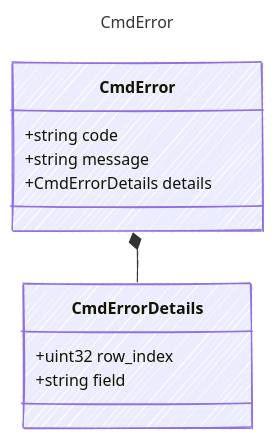
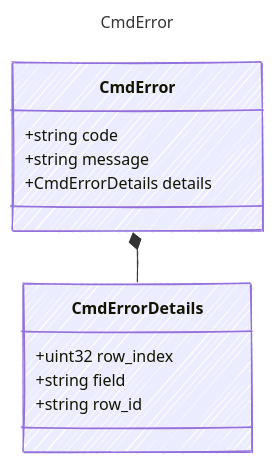
The diagram in contracts/generated/markdown/CmdError.md (sethjuarez/cutready), drawn with Mermaid before and after one commit. The commit also changed 61 other files, not shown here.

````diff
--- a/contracts/generated/markdown/CmdError.md
+++ b/contracts/generated/markdown/CmdError.md
@@ -14,21 +14,22 @@
 ```mermaid
 ---
 title: CmdError
 config:
   look: handDrawn
   theme: colorful
   class:
     hideEmptyMembersBox: true
 ---
 classDiagram
     class CmdError {
         +string code
         +string message
         +CmdErrorDetails details
     }
     class CmdErrorDetails {
         +uint32 row_index
         +string field
+        +string row_id
     }
     CmdError *-- CmdErrorDetails
 ```
````
